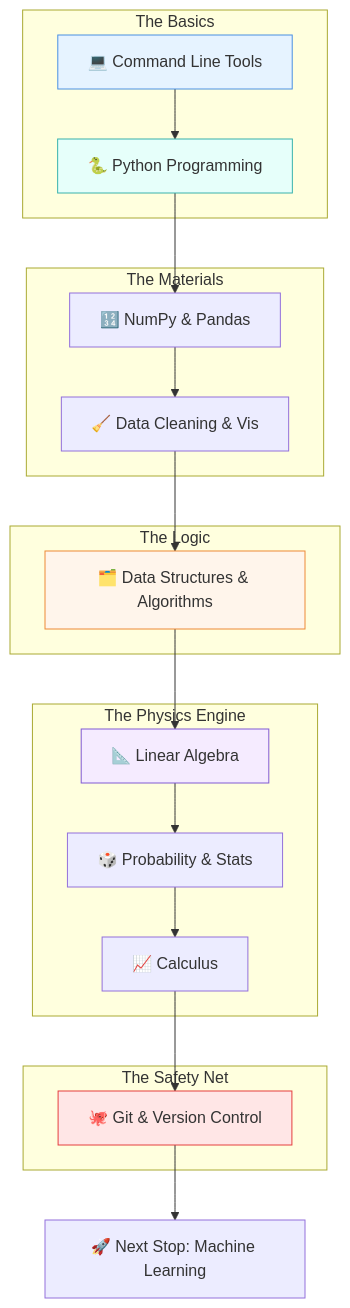
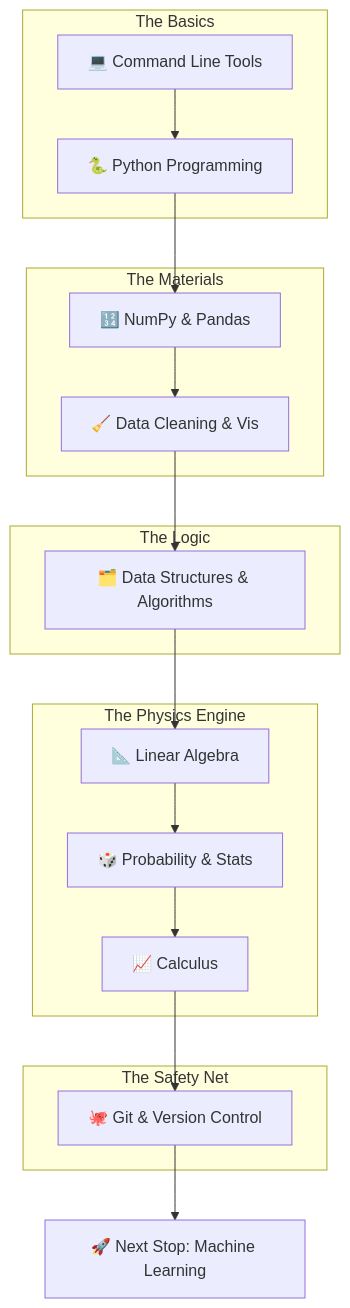
Before and after one commit to vdonthireddy/ai-knowledge-base: the diagram in line01_foundations.md, drawn with Mermaid. The commit also changed 30 other files, not shown here.

Commit message:
chore: Rename files and fix mermaid diagram styles for dark mode compatibility

````diff
--- a/line01_foundations.md
+++ b/line01_foundations.md
@@ -25,33 +25,28 @@
 ```mermaid
 graph TD
     subgraph The Basics
         A[💻 Command Line Tools] --> B[🐍 Python Programming]
     end
     
     subgraph The Materials
         B --> C[🔢 NumPy & Pandas]
         C --> D[🧹 Data Cleaning & Vis]
     end
     
     subgraph The Logic
         D --> E[🗂️ Data Structures & Algorithms]
     end
     
     subgraph The Physics Engine
         E --> F[📐 Linear Algebra]
         F --> G[🎲 Probability & Stats]
         G --> H[📈 Calculus]
     end
     
     subgraph The Safety Net
         H --> I[🐙 Git & Version Control]
     end
     
     I --> J[🚀 Next Stop: Machine Learning]
 
-    style A fill:#e6f3ff,stroke:#4a90e2
-    style B fill:#e6fffa,stroke:#38b2ac
-    style E fill:#fff5eb,stroke:#ed8936
-    style F fill:#f5ebff,stroke:#805ad5
-    style I fill:#ffe6e6,stroke:#e53e3e
 ```
````
